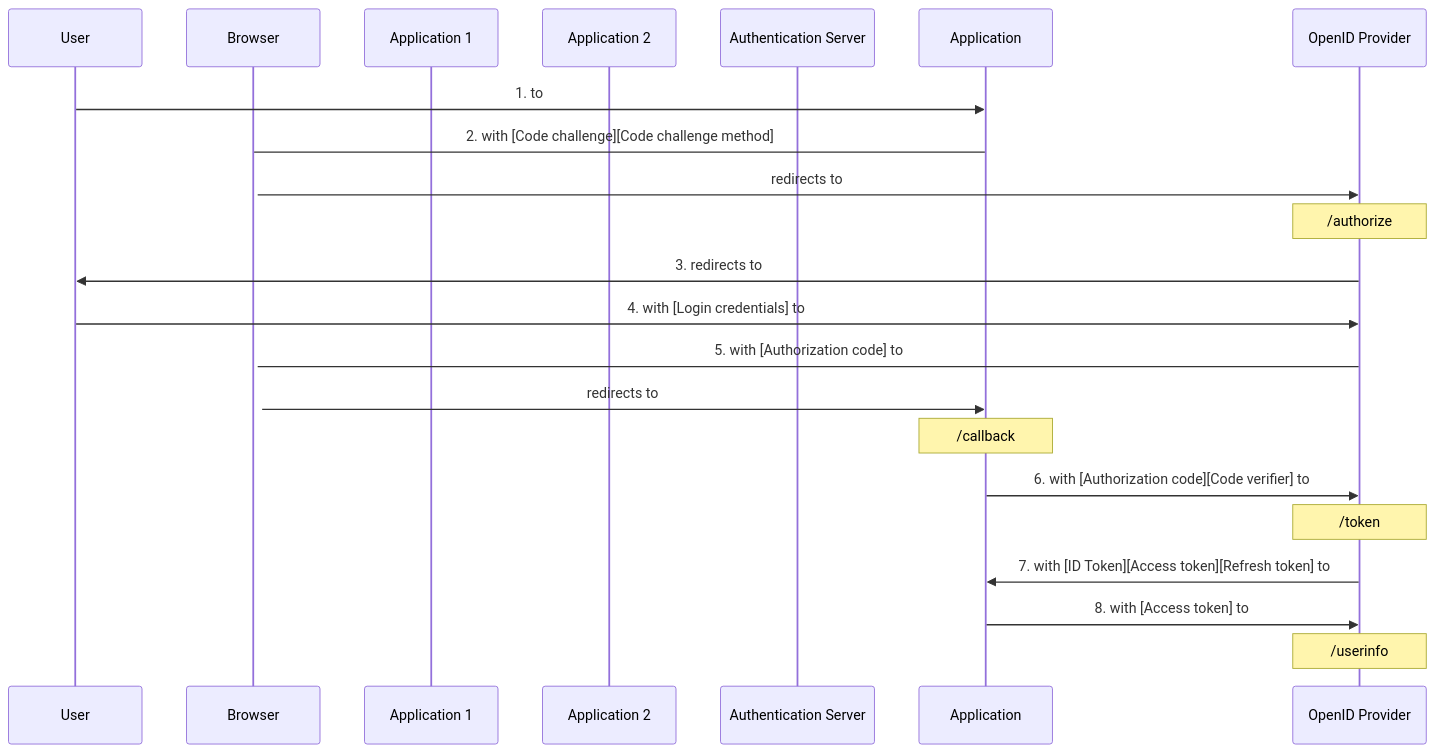
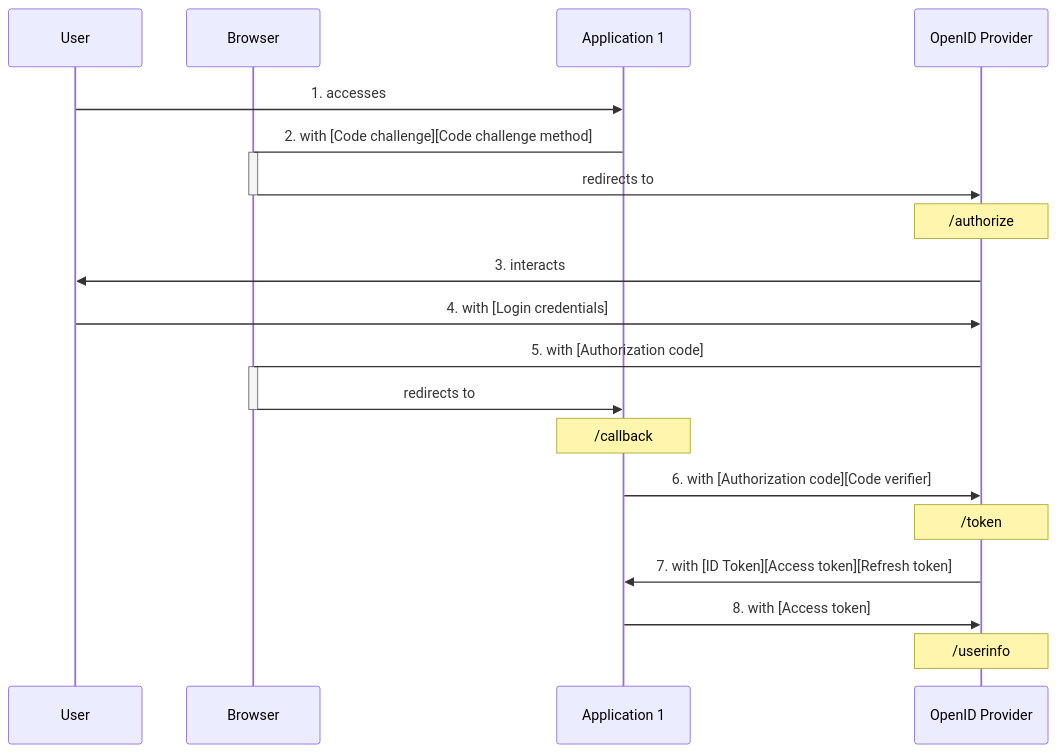
One commit to Octobug/blog changed the first of 3 diagrams in posts/sso-auth/README.md. Above: the diagram before and after it, drawn with Mermaid. The commit also changed other lines of this file, not shown here.

Commit message:
posts(sso): sequence diagram

````diff
--- a/posts/sso-auth/README.md
+++ b/posts/sso-auth/README.md
@@ -49,32 +54,33 @@
 ```mermaid
 sequenceDiagram
   participant User
   participant Browser
   participant Application 1
-  participant Application 2
-  participant Authentication Server
+  participant OpenID Provider
 
-  User->>Application: 1. to
+  User->>Application 1: 1. accesses
 
-  Application->Browser: 2. with [Code challenge][Code challenge method]
+  Application 1->Browser: 2. with [Code challenge][Code challenge method]
   Activate Browser
   Browser->>OpenID Provider: redirects to
+  Deactivate Browser
   Note over OpenID Provider: /authorize
 
-  OpenID Provider->>User: 3. redirects to
+  OpenID Provider->>User: 3. interacts
 
-  User->>OpenID Provider: 4. with [Login credentials] to
+  User->>OpenID Provider: 4. with [Login credentials]
 
-  OpenID Provider->Browser: 5. with [Authorization code] to
+  OpenID Provider->Browser: 5. with [Authorization code]
   Activate Browser
-  Browser->>Application: redirects to
-  Note over Application: /callback
+  Browser->>Application 1: redirects to
+  Deactivate Browser
+  Note over Application 1: /callback
 
-  Application->>OpenID Provider: 6. with [Authorization code][Code verifier] to
+  Application 1->>OpenID Provider: 6. with [Authorization code][Code verifier]
   Note over OpenID Provider: /token
 
-  OpenID Provider->>Application: 7. with [ID Token][Access token][Refresh token] to
+  OpenID Provider->>Application 1: 7. with [ID Token][Access token][Refresh token]
 
-  Application->>OpenID Provider: 8. with [Access token] to
+  Application 1->>OpenID Provider: 8. with [Access token]
   Note over OpenID Provider: /userinfo
 ```
````
